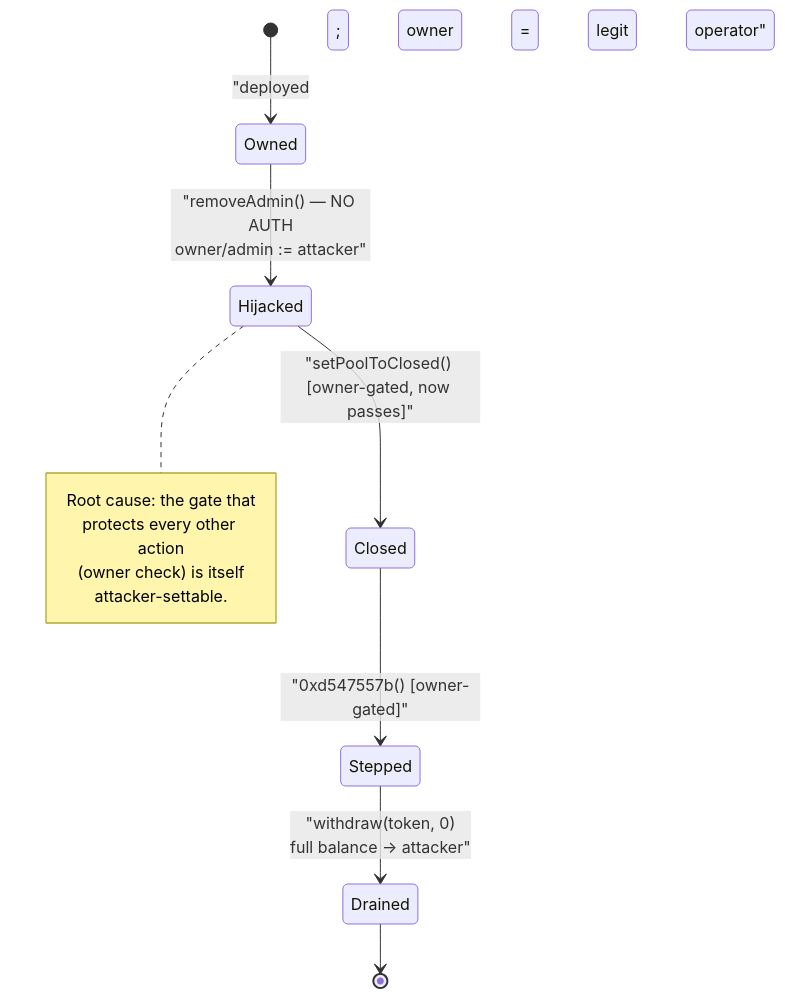
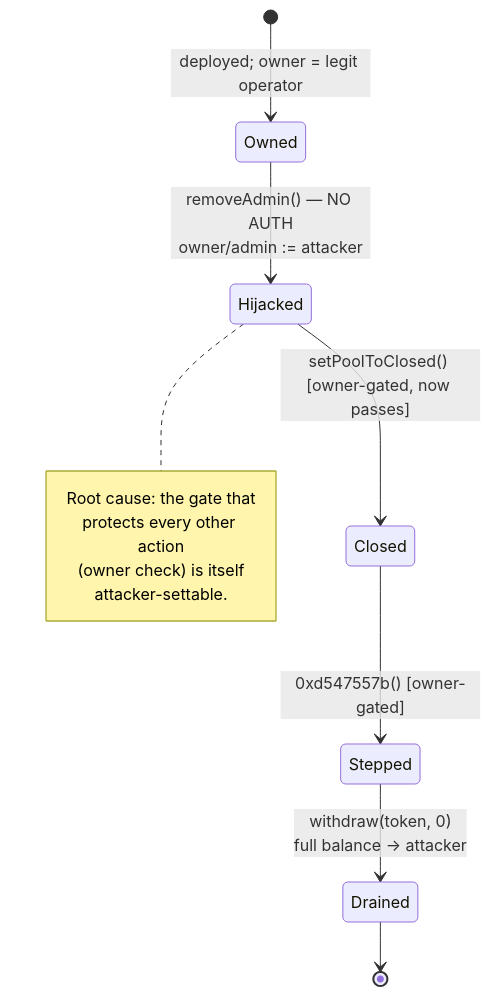
Before and after one commit to sanbir/evm-hack-registry: the second of 3 diagrams in 2023-11-MEV_0xa247_exp/MEV_0xa247_exp.md, drawn with Mermaid. The commit also changed 280 other files, not shown here.

Commit message:
mermaid fixes

````diff
--- a/2023-11-MEV_0xa247_exp/MEV_0xa247_exp.md
+++ b/2023-11-MEV_0xa247_exp/MEV_0xa247_exp.md
@@ -321,16 +321,16 @@
 ```mermaid
 stateDiagram-v2
-    [*] --> Owned : "deployed; owner = legit operator"
-    Owned --> Hijacked : "removeAdmin() — NO AUTH<br/>owner/admin := attacker"
-    Hijacked --> Closed : "setPoolToClosed() [owner-gated, now passes]"
-    Closed --> Stepped : "0xd547557b() [owner-gated]"
-    Stepped --> Drained : "withdraw(token, 0)<br/>full balance → attacker"
+    [*] --> Owned : deployed#59; owner = legit operator
+    Owned --> Hijacked : removeAdmin() — NO AUTH<br/>owner/admin #58;= attacker
+    Hijacked --> Closed : setPoolToClosed() [owner-gated, now passes]
+    Closed --> Stepped : 0xd547557b() [owner-gated]
+    Stepped --> Drained : withdraw(token, 0)<br/>full balance → attacker
     Drained --> [*]
 
     note right of Hijacked
         Root cause: the gate that
         protects every other action
         (owner check) is itself
         attacker-settable.
     end note
 ```
````
